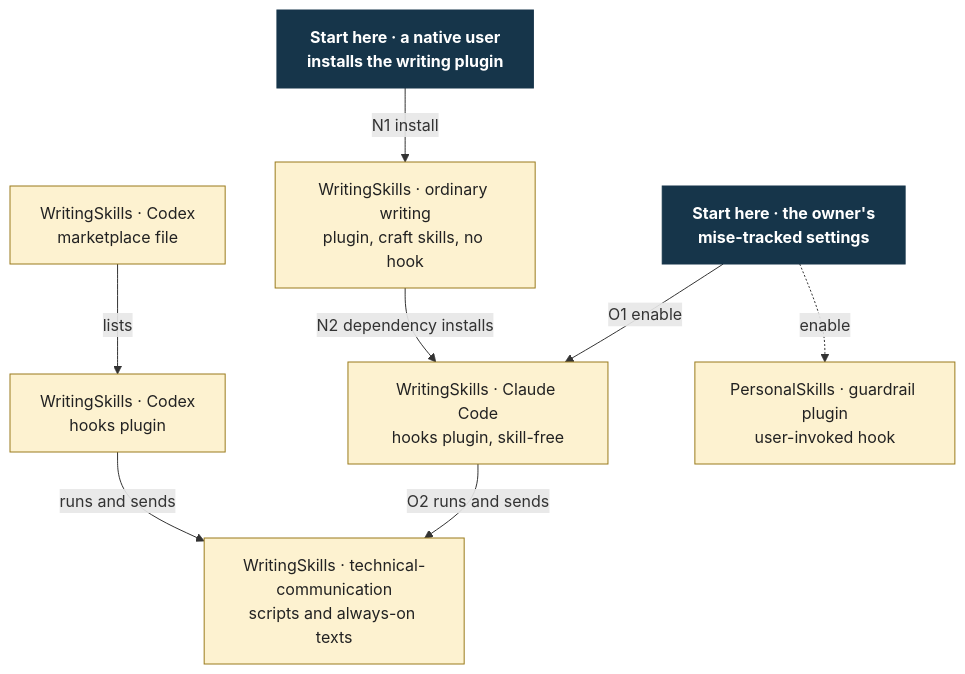
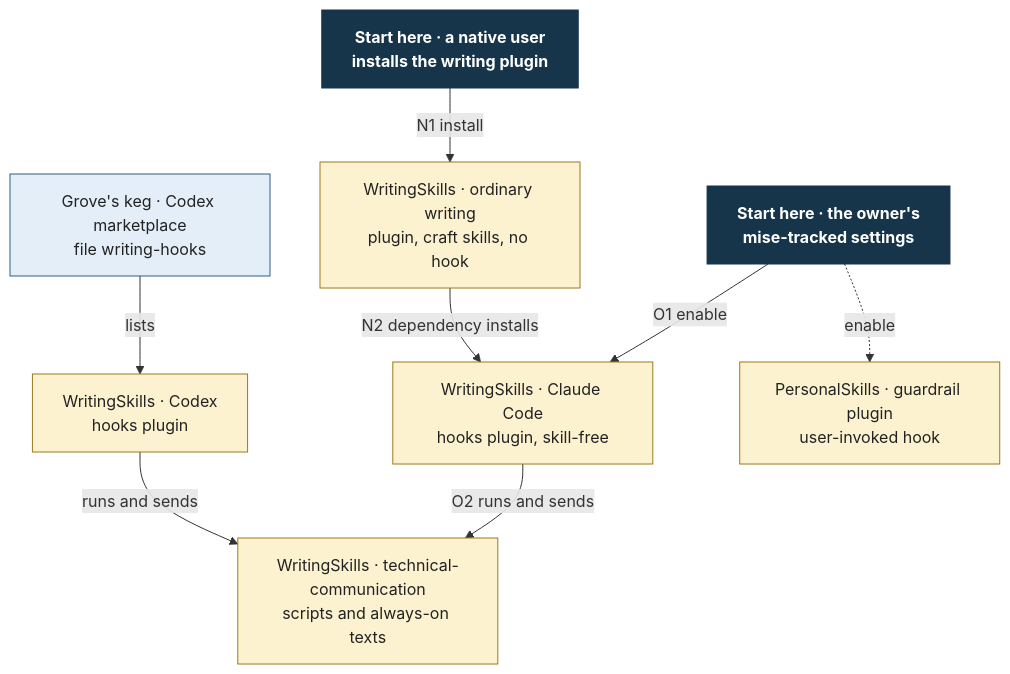
The diagram in docs/design/external-pack-contract/membership-hooks.mmd (Linkuistics/grove), drawn with Mermaid before and after one commit. The commit also changed 12 other files, not shown here.

```diff
--- a/docs/design/external-pack-contract/membership-hooks.mmd
+++ b/docs/design/external-pack-contract/membership-hooks.mmd
@@ -1,20 +1,22 @@
 flowchart TB
     S["Start here · the owner's<br/>mise-tracked settings"]
     N["Start here · a native user<br/>installs the writing plugin"]
     WP["WritingSkills · ordinary writing<br/>plugin, craft skills, no hook"]
     CCP["WritingSkills · Claude Code<br/>hooks plugin, skill-free"]
-    CXM["WritingSkills · Codex<br/>marketplace file"]
+    CXM["Grove's keg · Codex marketplace<br/>file writing-hooks"]
     CXP["WritingSkills · Codex<br/>hooks plugin"]
     TC["WritingSkills · technical-communication<br/>scripts and always-on texts"]
     GR["PersonalSkills · guardrail plugin<br/>user-invoked hook"]
     S -->|"O1 enable"| CCP
     CCP -->|"O2 runs and sends"| TC
     N -->|"N1 install"| WP
     WP -->|"N2 dependency installs"| CCP
     CXM -->|"lists"| CXP
     CXP -->|"runs and sends"| TC
     S -.->|"enable"| GR
     classDef start fill:#16354a,color:#fff,stroke:#16354a,font-weight:bold
     classDef pack fill:#fdf2d0,stroke:#9a7b1c,color:#222
+    classDef keg fill:#e3eef8,stroke:#2f5f8a,color:#222
     class S,N start
-    class WP,CCP,CXM,CXP,TC,GR pack
+    class WP,CCP,CXP,TC,GR pack
+    class CXM keg
```
